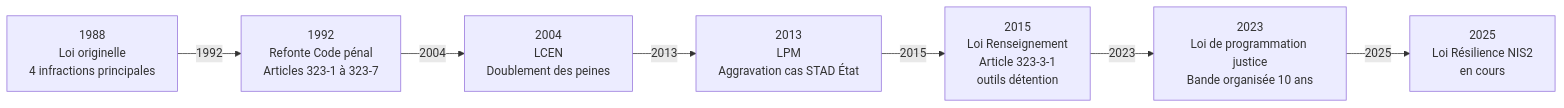
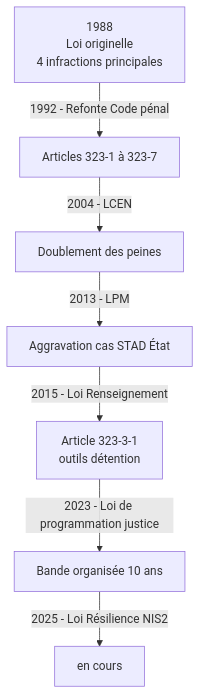
The first of 5 diagrams in docs/cursus-forensic/01-cycle-0-fondations/module-1-legislation/02-loi-godfrain.md (zyrass/omnydocs), drawn with Mermaid before and after one commit. The commit also changed other lines of this file and 989 other files, not shown here.

````diff
--- a/docs/cursus-forensic/01-cycle-0-fondations/module-1-legislation/02-loi-godfrain.md
+++ b/docs/cursus-forensic/01-cycle-0-fondations/module-1-legislation/02-loi-godfrain.md
@@ -192,10 +224,10 @@
 ```mermaid
-flowchart LR
+flowchart TB
     A[1988<br>Loi originelle<br>4 infractions principales]
-    A -->|1992| B[1992<br>Refonte Code pénal<br>Articles 323-1 à 323-7]
-    B -->|2004| C[2004<br>LCEN<br>Doublement des peines]
-    C -->|2013| D[2013<br>LPM<br>Aggravation cas STAD État]
-    D -->|2015| E[2015<br>Loi Renseignement<br>Article 323-3-1<br>outils détention]
-    E -->|2023| F[2023<br>Loi de programmation justice<br>Bande organisée 10 ans]
-    F -->|2025| G[2025<br>Loi Résilience NIS2<br>en cours]
+    A -->|1992 - Refonte Code pénal| B[Articles 323-1 à 323-7]
+    B -->|2004 - LCEN| C[Doublement des peines]
+    C -->|2013 - LPM| D[Aggravation cas STAD État]
+    D -->|2015 - Loi Renseignement| E[Article 323-3-1<br>outils détention]
+    E -->|2023 - Loi de programmation justice| F[Bande organisée 10 ans]
+    F -->|2025 - Loi Résilience NIS2| G[en cours]
 ```
````
